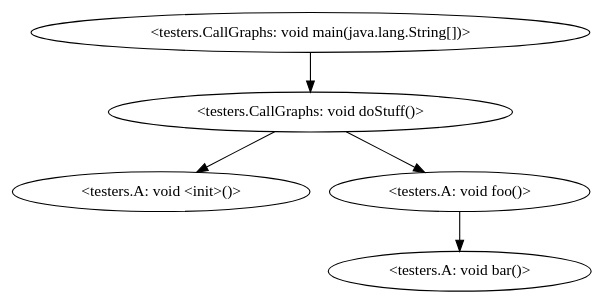
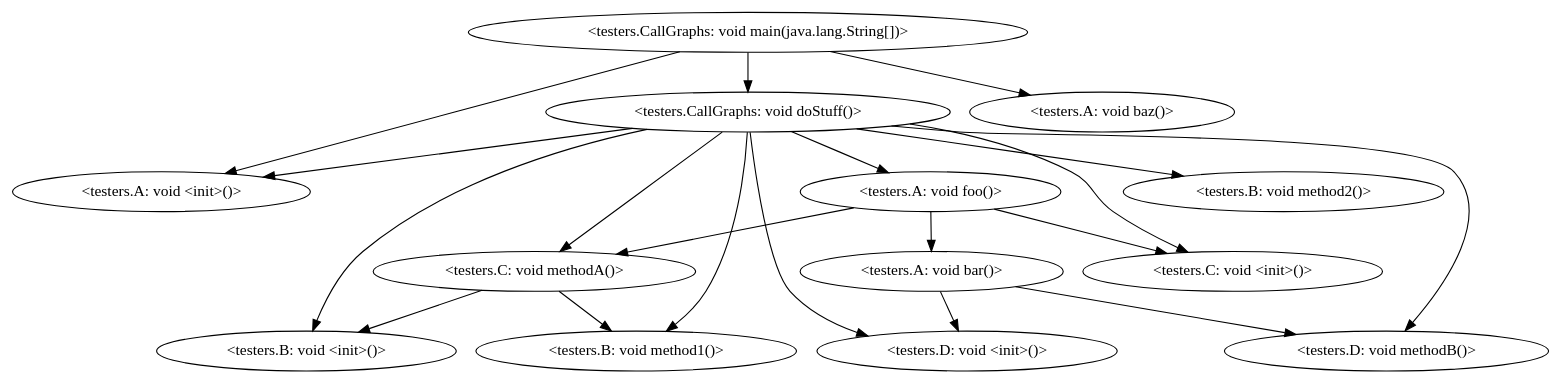
One commit to murtaza215/CS401-CGA changed the diagram in output.dot. Above: the diagram before and after it, drawn with Graphviz. The commit also changed 11 other files, not shown here.

```diff
--- a/output.dot
+++ b/output.dot
@@ -1,11 +1,34 @@
 digraph "call-graph" {
     "<testers.CallGraphs: void main(java.lang.String[])>"
     "<testers.CallGraphs: void doStuff()>"
     "<testers.CallGraphs: void main(java.lang.String[])>"->"<testers.CallGraphs: void doStuff()>";
     "<testers.A: void <init>()>"
+    "<testers.CallGraphs: void main(java.lang.String[])>"->"<testers.A: void <init>()>";
+    "<testers.A: void baz()>"
+    "<testers.CallGraphs: void main(java.lang.String[])>"->"<testers.A: void baz()>";
     "<testers.CallGraphs: void doStuff()>"->"<testers.A: void <init>()>";
     "<testers.A: void foo()>"
     "<testers.CallGraphs: void doStuff()>"->"<testers.A: void foo()>";
+    "<testers.B: void <init>()>"
+    "<testers.CallGraphs: void doStuff()>"->"<testers.B: void <init>()>";
+    "<testers.B: void method1()>"
+    "<testers.CallGraphs: void doStuff()>"->"<testers.B: void method1()>";
+    "<testers.B: void method2()>"
+    "<testers.CallGraphs: void doStuff()>"->"<testers.B: void method2()>";
+    "<testers.C: void <init>()>"
+    "<testers.CallGraphs: void doStuff()>"->"<testers.C: void <init>()>";
+    "<testers.C: void methodA()>"
+    "<testers.CallGraphs: void doStuff()>"->"<testers.C: void methodA()>";
+    "<testers.D: void <init>()>"
+    "<testers.CallGraphs: void doStuff()>"->"<testers.D: void <init>()>";
+    "<testers.D: void methodB()>"
+    "<testers.CallGraphs: void doStuff()>"->"<testers.D: void methodB()>";
     "<testers.A: void bar()>"
     "<testers.A: void foo()>"->"<testers.A: void bar()>";
+    "<testers.A: void foo()>"->"<testers.C: void <init>()>";
+    "<testers.A: void foo()>"->"<testers.C: void methodA()>";
+    "<testers.C: void methodA()>"->"<testers.B: void <init>()>";
+    "<testers.C: void methodA()>"->"<testers.B: void method1()>";
+    "<testers.A: void bar()>"->"<testers.D: void <init>()>";
+    "<testers.A: void bar()>"->"<testers.D: void methodB()>";
 }
```
